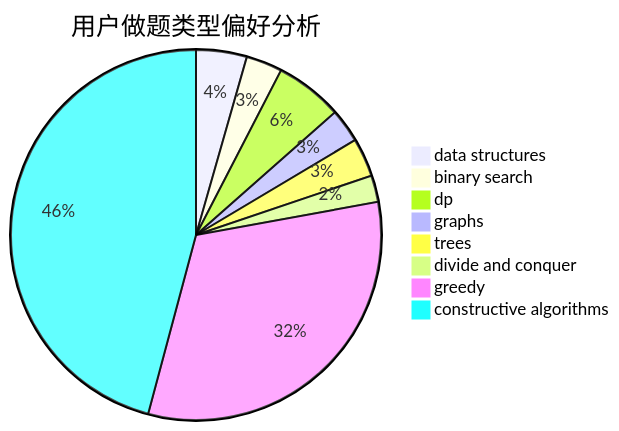
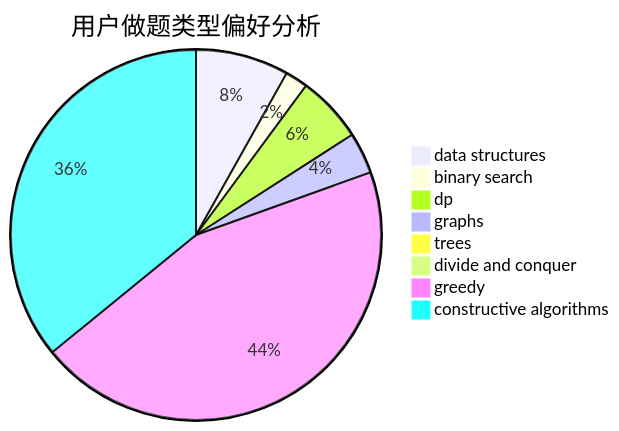
The second of 3 diagrams in docs/user/u2427.md (sherpahu/cfrs.github.io), drawn with Mermaid before and after one commit. The commit also changed other lines of this file and 2770 other files, not shown here.

````diff
--- a/docs/user/u2427.md
+++ b/docs/user/u2427.md
@@ -23,11 +23,11 @@
 ```mermaid
 pie title 用户做题类型偏好分析
-    "data structures" :  42
-    "binary search" :  30
-    "dp" :  56
-    "graphs" :  28
-    "trees" :  32
-    "divide and conquer" :  22
-    "greedy" :  304
-    "constructive algorithms" :  435
+    "data structures" :  70
+    "binary search" :  17
+    "dp" :  50
+    "graphs" :  31
+    "trees" :  7
+    "divide and conquer" :  2
+    "greedy" :  384
+    "constructive algorithms" :  309
 ```
````
